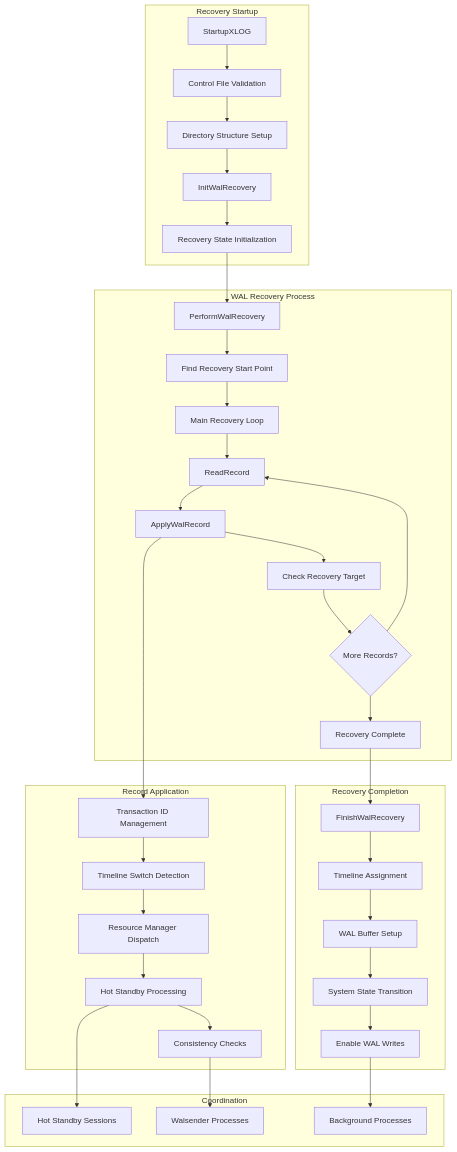
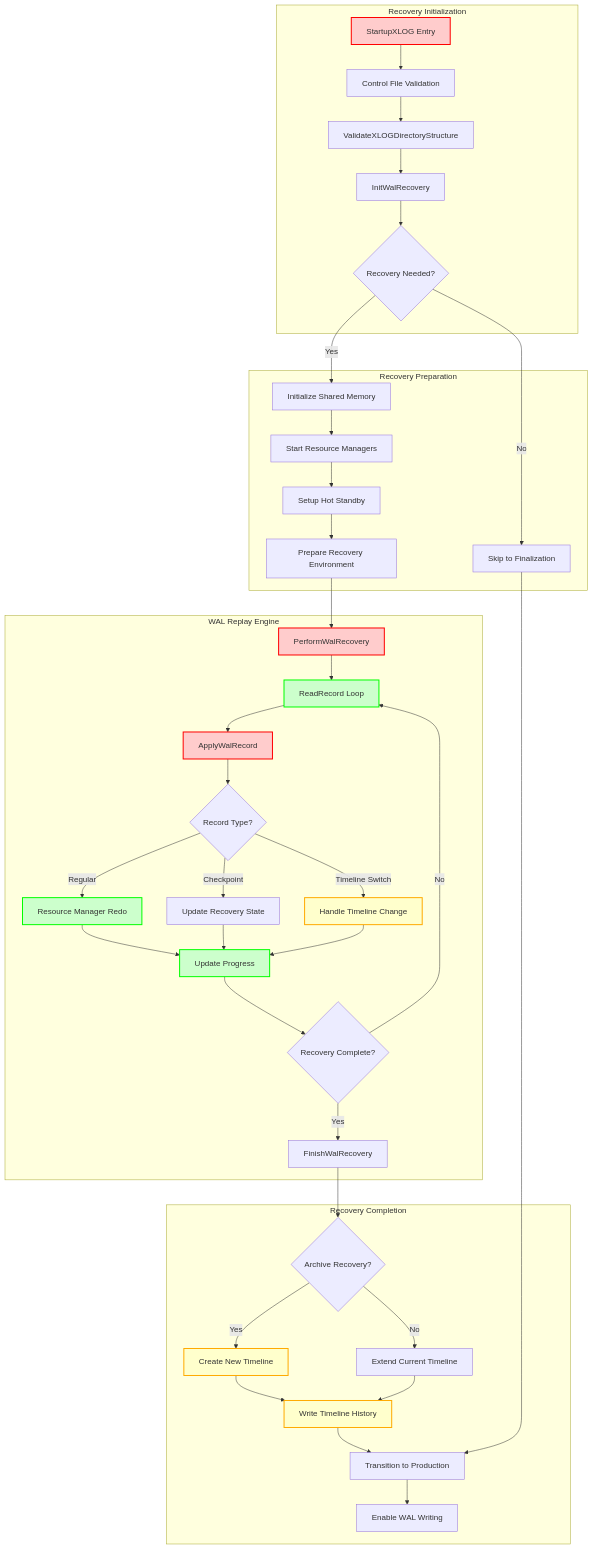
One commit to ryogrid/create_pg_super_document changed the first of 2 diagrams in topic_specific_generated_docs/about_wal/component_recovery.md. Above: the diagram before and after it, drawn with Mermaid. The commit also changed other lines of this file and 34 other files, not shown here.

````diff
--- a/topic_specific_generated_docs/about_wal/component_recovery.md
+++ b/topic_specific_generated_docs/about_wal/component_recovery.md
@@ -17,47 +18,52 @@
 ```mermaid
 graph TB
-    subgraph "Recovery Startup"
-        A[StartupXLOG] --> B[Control File Validation]
-        B --> C[Directory Structure Setup]
+    subgraph "Recovery Initialization"
+        A[StartupXLOG Entry] --> B[Control File Validation]
+        B --> C[ValidateXLOGDirectoryStructure]
         C --> D[InitWalRecovery]
-        D --> E[Recovery State Initialization]
+        D --> E{Recovery Needed?}
     end
 
-    subgraph "WAL Recovery Process"
-        E --> F[PerformWalRecovery]
-        F --> G[Find Recovery Start Point]
-        G --> H[Main Recovery Loop]
-        H --> I[ReadRecord]
-        I --> J[ApplyWalRecord]
-        J --> K[Check Recovery Target]
-        K --> L{More Records?}
-        L --> I
-        L --> M[Recovery Complete]
+    subgraph "Recovery Preparation"
+        E -->|Yes| F[Initialize Shared Memory]
+        F --> G[Start Resource Managers]
+        G --> H[Setup Hot Standby]
+        H --> I[Prepare Recovery Environment]
+        E -->|No| J[Skip to Finalization]
     end
 
-    subgraph "Record Application"
-        J --> N[Transaction ID Management]
-        N --> O[Timeline Switch Detection]
-        O --> P[Resource Manager Dispatch]
-        P --> Q[Hot Standby Processing]
-        Q --> R[Consistency Checks]
+    subgraph "WAL Replay Engine"
+        I --> K[PerformWalRecovery]
+        K --> L[ReadRecord Loop]
+        L --> M[ApplyWalRecord]
+        M --> N{Record Type?}
+        N -->|Regular| O[Resource Manager Redo]
+        N -->|Checkpoint| P[Update Recovery State]
+        N -->|Timeline Switch| Q[Handle Timeline Change]
+        O --> R[Update Progress]
+        P --> R
+        Q --> R
+        R --> S{Recovery Complete?}
+        S -->|No| L
+        S -->|Yes| T[FinishWalRecovery]
     end
 
     subgraph "Recovery Completion"
-        M --> S[FinishWalRecovery]
-        S --> T[Timeline Assignment]
-        T --> U[WAL Buffer Setup]
-        U --> V[System State Transition]
-        V --> W[Enable WAL Writes]
+        T --> U{Archive Recovery?}
+        U -->|Yes| V[Create New Timeline]
+        U -->|No| W[Extend Current Timeline]
+        V --> X[Write Timeline History]
+        W --> X
+        X --> Y[Transition to Production]
+        J --> Y
+        Y --> Z[Enable WAL Writing]
     end
 
-    subgraph "Coordination"
-        X[Hot Standby Sessions]
-        Y[Walsender Processes]
-        Z[Background Processes]
-    end
+    classDef critical fill:#ffcccc,stroke:#ff0000,stroke-width:2px
+    classDef replay fill:#ccffcc,stroke:#00ff00,stroke-width:2px
+    classDef timeline fill:#ffffcc,stroke:#ffaa00,stroke-width:2px
 
-    Q --> X
-    R --> Y
-    W --> Z
+    class A,K,M critical
+    class L,O,R replay
+    class Q,V,X timeline
 ```
````
